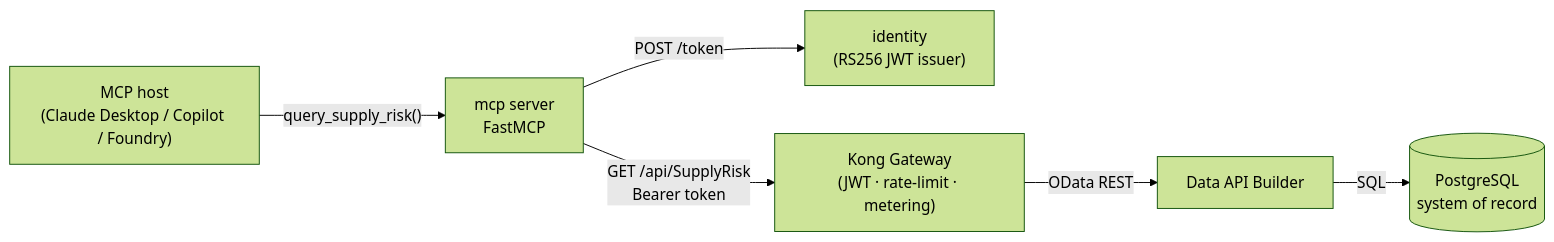
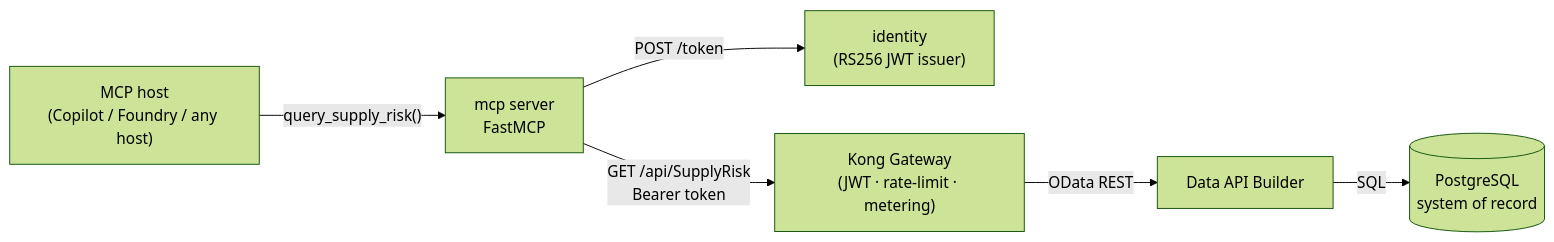
The diagram in services/mcp/README.md (fgarofalo56/nasa-api-first-poc), drawn with Mermaid (forest theme) before and after one commit. The commit also changed other lines of this file and 19 other files, not shown here.

````diff
--- a/services/mcp/README.md
+++ b/services/mcp/README.md
@@ -50,8 +50,8 @@
 ```mermaid
 flowchart LR
-    host["MCP host<br/>(Claude Desktop / Copilot / Foundry)"] -->|"query_supply_risk()"| mcp["mcp server<br/>FastMCP"]
+    host["MCP host<br/>(Copilot / Foundry / any host)"] -->|"query_supply_risk()"| mcp["mcp server<br/>FastMCP"]
     mcp -->|"POST /token"| id["identity<br/>(RS256 JWT issuer)"]
     mcp -->|"GET /api/SupplyRisk<br/>Bearer token"| kong["Kong Gateway<br/>(JWT · rate-limit · metering)"]
     kong -->|"OData REST"| dab["Data API Builder"]
     dab -->|"SQL"| pg[("PostgreSQL<br/>system of record")]
 ```
````
